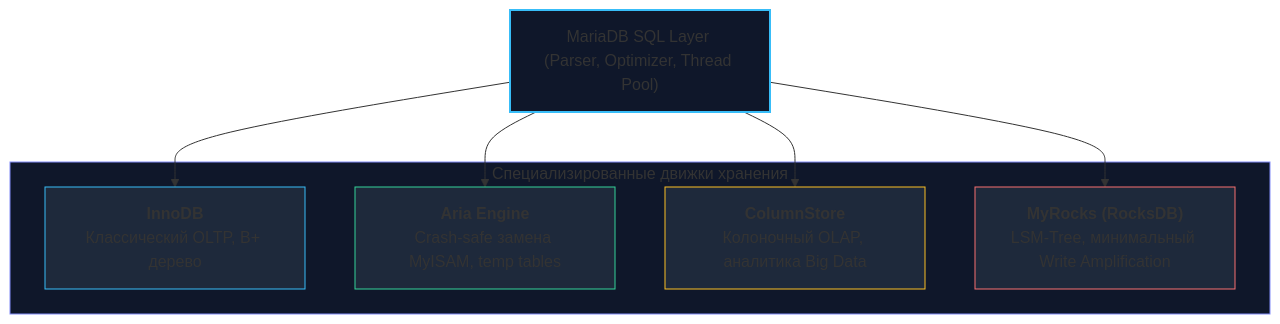
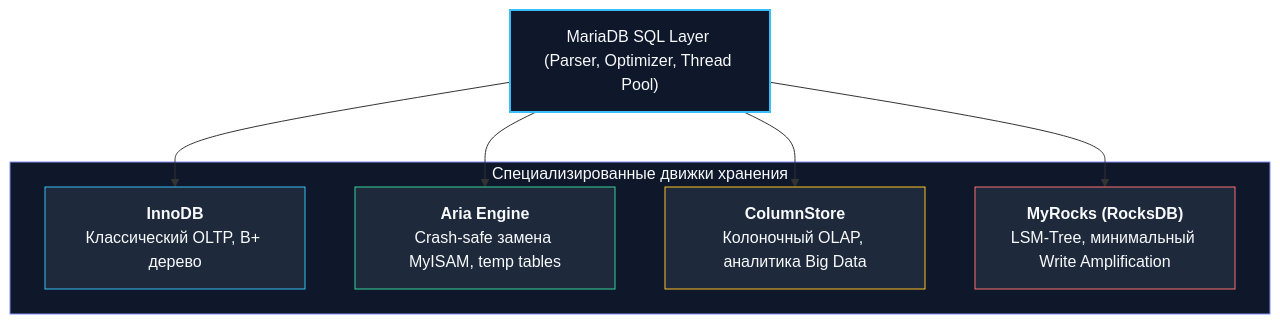
One commit to UnrealTemplier/go-textbook changed the first of 2 diagrams in sources/12. Базы данных/07. MySQL и форки/8. MariaDB.md. Above: the diagram before and after it, drawn with Mermaid. The commit also changed other lines of this file and 310 other files, not shown here.

First line of the commit message:
fix(mermaid): replace light fill colors with dark palette for readability on dark theme

````diff
--- a/sources/12. Базы данных/07. MySQL и форки/8. MariaDB.md
+++ b/sources/12. Базы данных/07. MySQL и форки/8. MariaDB.md
@@ -24,23 +24,23 @@
 ```mermaid
 flowchart TD
     SQL["MariaDB SQL Layer (Parser, Optimizer, Thread Pool)"]
     
     subgraph Engines ["Специализированные движки хранения"]
         InnoDB["<b>InnoDB</b><br>Классический OLTP, B+ дерево"]
         Aria["<b>Aria Engine</b><br>Crash-safe замена MyISAM, temp tables"]
         ColumnStore["<b>ColumnStore</b><br>Колоночный OLAP, аналитика Big Data"]
         MyRocks["<b>MyRocks (RocksDB)</b><br>LSM-Tree, минимальный Write Amplification"]
     end
 
     SQL --> InnoDB
     SQL --> Aria
     SQL --> ColumnStore
     SQL --> MyRocks
 
-    style SQL fill:#0f172a,stroke:#38bdf8,stroke-width:2px
-    style Engines fill:#0f172a,stroke:#818cf8,stroke-width:1px
-    style InnoDB fill:#1e293b,stroke:#38bdf8,stroke-width:1px
-    style Aria fill:#1e293b,stroke:#34d399,stroke-width:1px
-    style ColumnStore fill:#1e293b,stroke:#fbbf24,stroke-width:1px
-    style MyRocks fill:#1e293b,stroke:#f87171,stroke-width:1px
+    style SQL fill:#0f172a,stroke:#38bdf8,stroke-width:2px,color:#f8fafc
+    style Engines fill:#0f172a,stroke:#818cf8,stroke-width:1px,color:#f8fafc
+    style InnoDB fill:#1e293b,stroke:#38bdf8,stroke-width:1px,color:#f8fafc
+    style Aria fill:#1e293b,stroke:#34d399,stroke-width:1px,color:#f8fafc
+    style ColumnStore fill:#1e293b,stroke:#fbbf24,stroke-width:1px,color:#f8fafc
+    style MyRocks fill:#1e293b,stroke:#f87171,stroke-width:1px,color:#f8fafc
 ```
````
